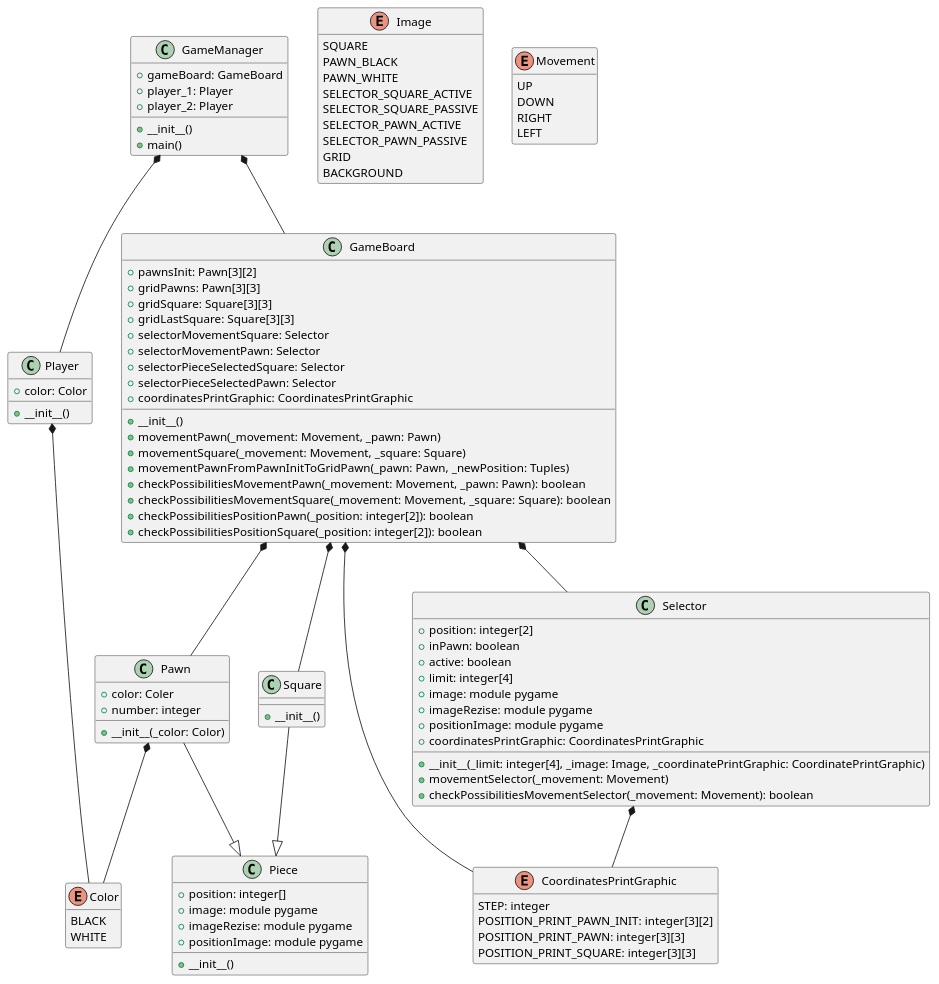
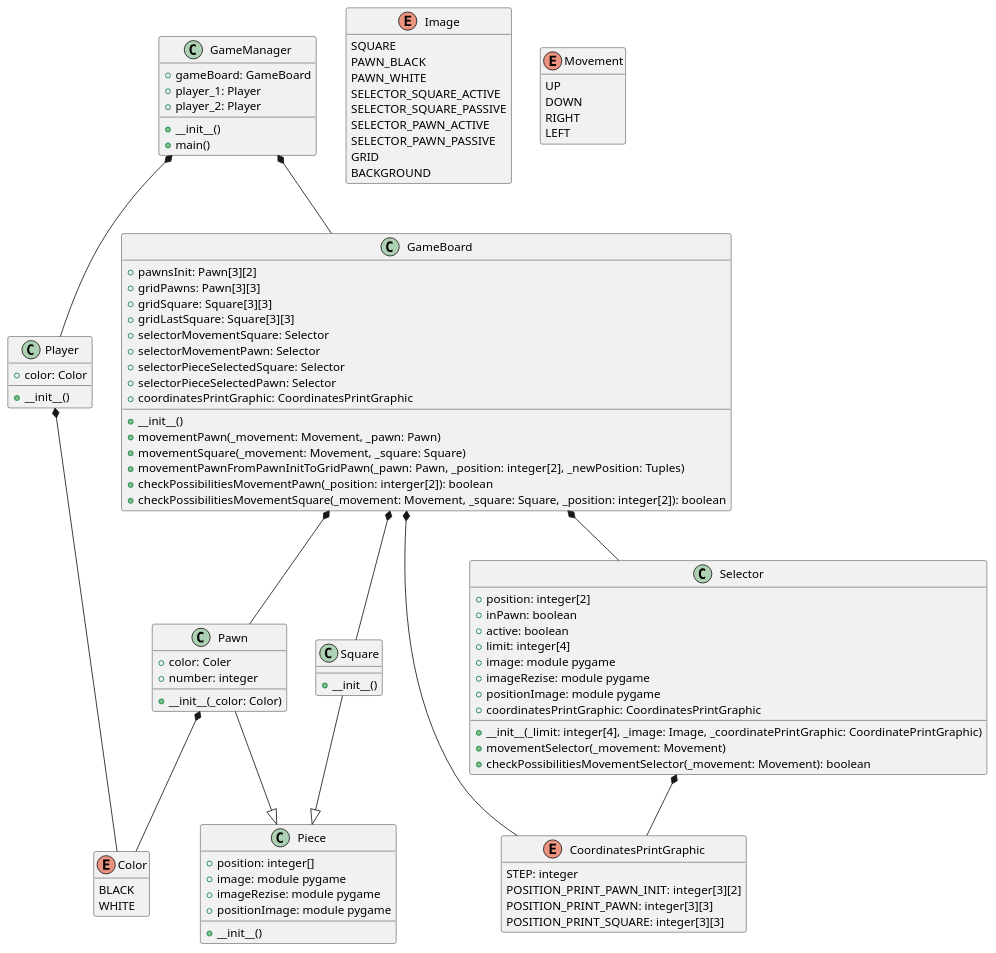
One commit to AurelienVasseur/Force-3 changed the diagram in Doc/UML/classes.puml. Above: the diagram before and after it, drawn with PlantUML. The commit also changed 11 other files, not shown here.

```diff
--- a/Doc/UML/classes.puml
+++ b/Doc/UML/classes.puml
@@ -1,118 +1,116 @@
 @startuml classes
 
 class GameBoard {
     +pawnsInit: Pawn[3][2]
     +gridPawns: Pawn[3][3]
     +gridSquare: Square[3][3]
     +gridLastSquare: Square[3][3]
     +selectorMovementSquare: Selector
     +selectorMovementPawn: Selector   
     +selectorPieceSelectedSquare: Selector
     +selectorPieceSelectedPawn: Selector
     +coordinatesPrintGraphic: CoordinatesPrintGraphic
     +__init__()
     +movementPawn(_movement: Movement, _pawn: Pawn)
     +movementSquare(_movement: Movement, _square: Square)
-    +movementPawnFromPawnInitToGridPawn(_pawn: Pawn, _newPosition: Tuples)
-    +checkPossibilitiesMovementPawn(_movement: Movement, _pawn: Pawn): boolean
-    +checkPossibilitiesMovementSquare(_movement: Movement, _square: Square): boolean
-    +checkPossibilitiesPositionPawn(_position: integer[2]): boolean
-    +checkPossibilitiesPositionSquare(_position: integer[2]): boolean
+    +movementPawnFromPawnInitToGridPawn(_pawn: Pawn, _position: integer[2], _newPosition: Tuples)
+    +checkPossibilitiesMovementPawn(_position: interger[2]): boolean
+    +checkPossibilitiesMovementSquare(_movement: Movement, _square: Square, _position: integer[2]): boolean
 }
 
 class Player {
     +color: Color
     +__init__()
 }
 
 class Piece {
     +position: integer[]
     +image: module pygame
     +imageRezise: module pygame
     +positionImage: module pygame
     +__init__()
 }
 
 class Pawn {
     +color: Coler
     +number: integer
     +__init__(_color: Color)
 }
 
 class Square {
     +__init__()
 
 }
 
 class Selector {
     +position: integer[2]
     +inPawn: boolean
     +active: boolean
     +limit: integer[4]
     +image: module pygame
     +imageRezise: module pygame
     +positionImage: module pygame
     +coordinatesPrintGraphic: CoordinatesPrintGraphic
     +__init__(_limit: integer[4], _image: Image, _coordinatePrintGraphic: CoordinatePrintGraphic)
     +movementSelector(_movement: Movement)
     +checkPossibilitiesMovementSelector(_movement: Movement): boolean
 }
 
 class GameManager {
     +gameBoard: GameBoard
     +player_1: Player
     +player_2: Player
     +__init__()
     +main()
 
 
 }
 
 enum Color {
     BLACK
     WHITE
 }
 hide Color methods
 
 enum Image {
     SQUARE
     PAWN_BLACK
     PAWN_WHITE
     SELECTOR_SQUARE_ACTIVE
     SELECTOR_SQUARE_PASSIVE
     SELECTOR_PAWN_ACTIVE
     SELECTOR_PAWN_PASSIVE
     GRID
     BACKGROUND
 }
 hide Image methods
 
 enum Movement {
     UP
     DOWN
     RIGHT
     LEFT
 }
 hide Movement methods
 
 enum CoordinatesPrintGraphic {
     STEP: integer
     POSITION_PRINT_PAWN_INIT: integer[3][2]
     POSITION_PRINT_PAWN: integer[3][3]
     POSITION_PRINT_SQUARE: integer[3][3]
 }
 hide CoordinatesPrintGraphic methods
 
 GameManager *-- GameBoard
 GameManager *-- Player
 GameBoard *-- Selector
 GameBoard *-- Pawn
 GameBoard *-- Square
 GameBoard *-- CoordinatesPrintGraphic
 Selector *-- CoordinatesPrintGraphic
 Pawn --|> Piece
 Square --|> Piece
 Player *-- Color
 Pawn *-- Color
 
 @enduml
```
